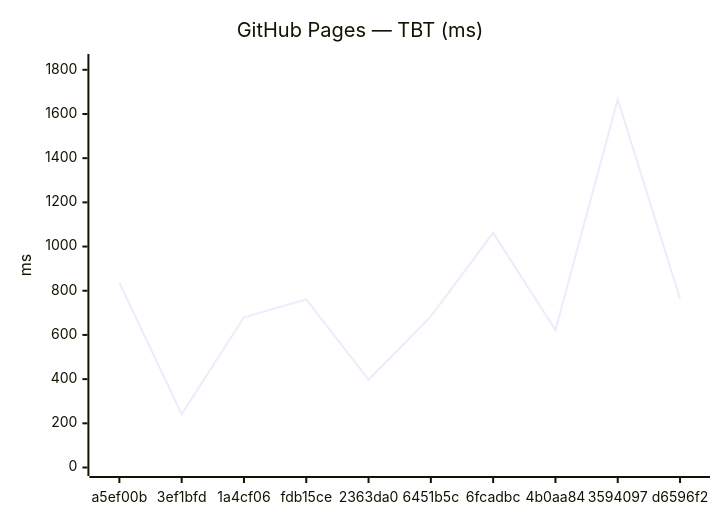
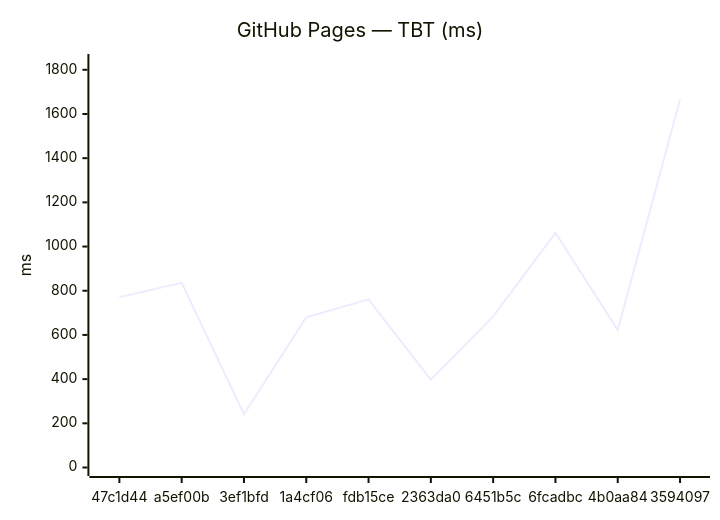
Before and after one commit to Metaheurist/Rianell: the fourth of 12 diagrams in benchmarks/compare.md, drawn with Mermaid. The commit also changed other lines of this file and 8 other files, not shown here.

````diff
--- a/benchmarks/compare.md
+++ b/benchmarks/compare.md
@@ -61,7 +61,7 @@
 ```mermaid
 xychart-beta
     title "GitHub Pages — TBT (ms)"
-    x-axis ["a5ef00b", "3ef1bfd", "1a4cf06", "fdb15ce", "2363da0", "6451b5c", "6fcadbc", "4b0aa84", "3594097", "d6596f2"]
+    x-axis ["47c1d44", "a5ef00b", "3ef1bfd", "1a4cf06", "fdb15ce", "2363da0", "6451b5c", "6fcadbc", "4b0aa84", "3594097"]
     y-axis "ms" 0 --> 1833
-    line [836, 241, 680, 761, 397, 684, 1062, 622, 1666, 764]
+    line [771, 836, 241, 680, 761, 397, 684, 1062, 622, 1666]
 ```
````
